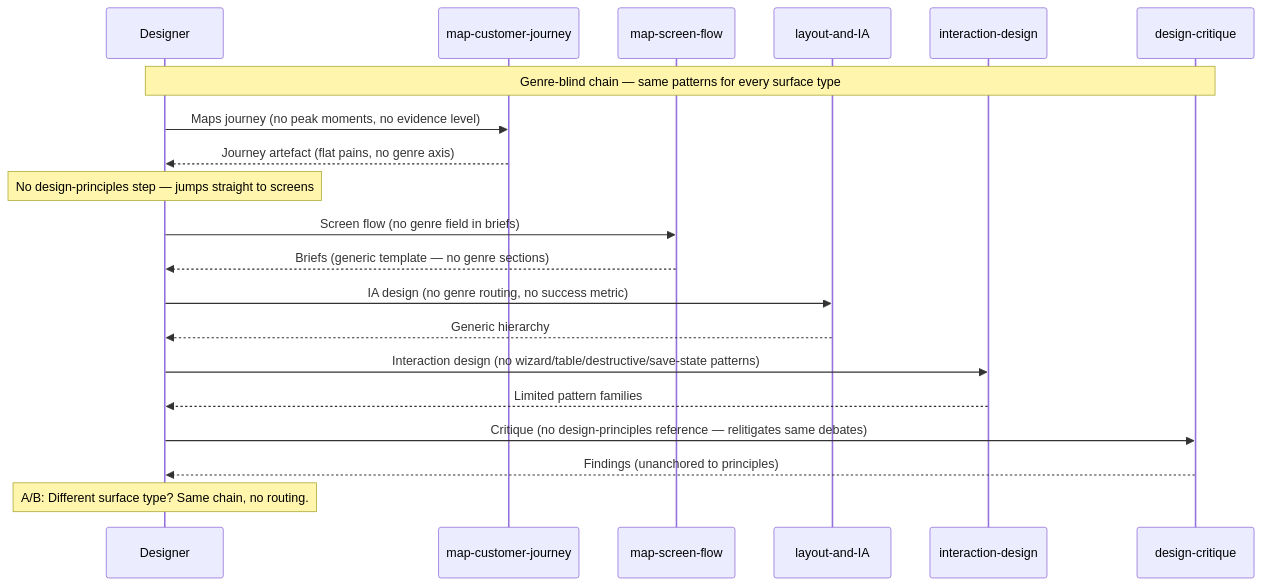
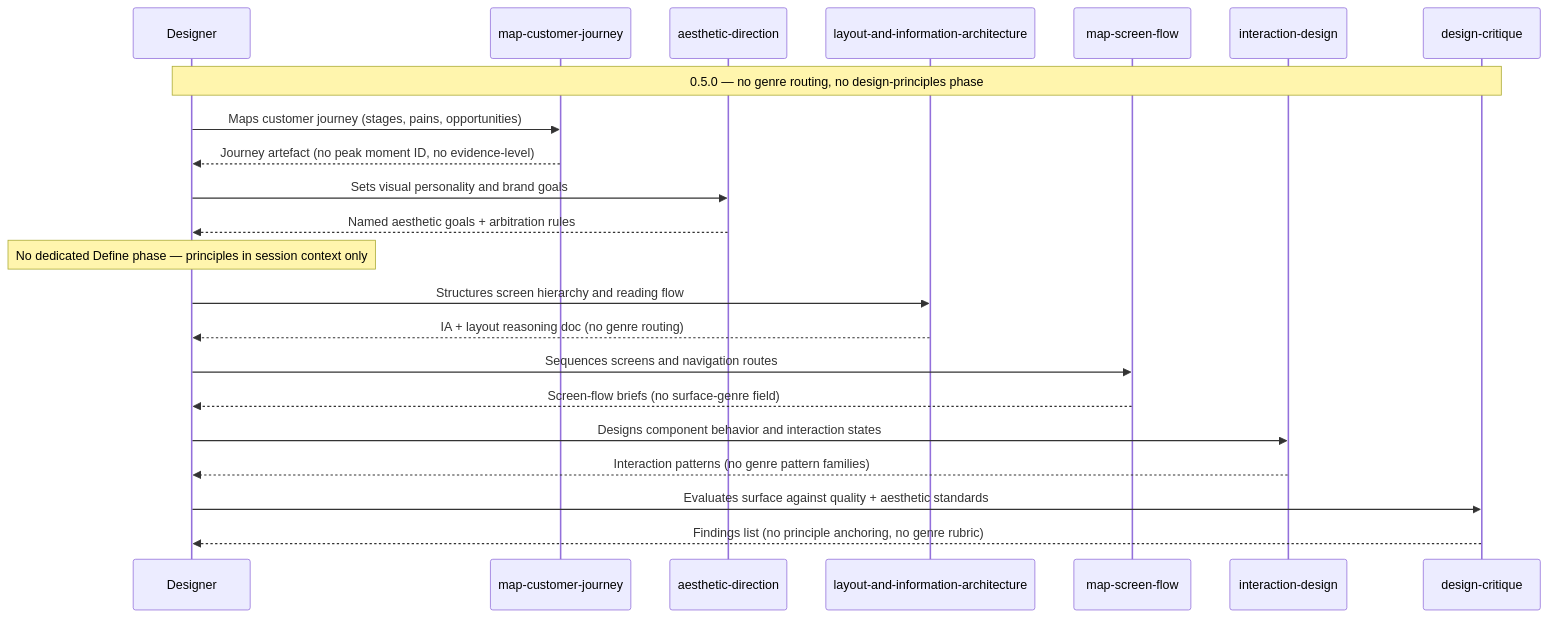
One commit to eugenelim/agent-ready-repo changed the first of 2 diagrams in docs/product/journeys/designer-designs-surface.md. Above: the diagram before and after it, drawn with Mermaid. The commit also changed other lines of this file and 6 other files, not shown here.

````diff
--- a/docs/product/journeys/designer-designs-surface.md
+++ b/docs/product/journeys/designer-designs-surface.md
@@ -60,23 +57,25 @@
 ```mermaid
 sequenceDiagram
     participant D as Designer
-    participant JM as map-customer-journey
-    participant SF as map-screen-flow
-    participant IA as layout-and-IA
+    participant MCJ as map-customer-journey
+    participant AD as aesthetic-direction
+    participant LIA as layout-and-information-architecture
+    participant MSF as map-screen-flow
     participant ID as interaction-design
     participant DC as design-critique
 
-    Note over D,DC: Genre-blind chain — same patterns for every surface type
-    D->>JM: Maps journey (no peak moments, no evidence level)
-    JM-->>D: Journey artefact (flat pains, no genre axis)
-    Note over D: No design-principles step — jumps straight to screens
-    D->>SF: Screen flow (no genre field in briefs)
-    SF-->>D: Briefs (generic template — no genre sections)
-    D->>IA: IA design (no genre routing, no success metric)
-    IA-->>D: Generic hierarchy
-    D->>ID: Interaction design (no wizard/table/destructive/save-state patterns)
-    ID-->>D: Limited pattern families
-    D->>DC: Critique (no design-principles reference — relitigates same debates)
-    DC-->>D: Findings (unanchored to principles)
-    Note over D: A/B: Different surface type? Same chain, no routing.
+    Note over D,DC: 0.5.0 — no genre routing, no design-principles phase
+    D->>MCJ: Maps customer journey (stages, pains, opportunities)
+    MCJ-->>D: Journey artefact (no peak moment ID, no evidence-level)
+    D->>AD: Sets visual personality and brand goals
+    AD-->>D: Named aesthetic goals + arbitration rules
+    Note over D: No dedicated Define phase — principles in session context only
+    D->>LIA: Structures screen hierarchy and reading flow
+    LIA-->>D: IA + layout reasoning doc (no genre routing)
+    D->>MSF: Sequences screens and navigation routes
+    MSF-->>D: Screen-flow briefs (no surface-genre field)
+    D->>ID: Designs component behavior and interaction states
+    ID-->>D: Interaction patterns (no genre pattern families)
+    D->>DC: Evaluates surface against quality + aesthetic standards
+    DC-->>D: Findings list (no principle anchoring, no genre rubric)
 ```
````
